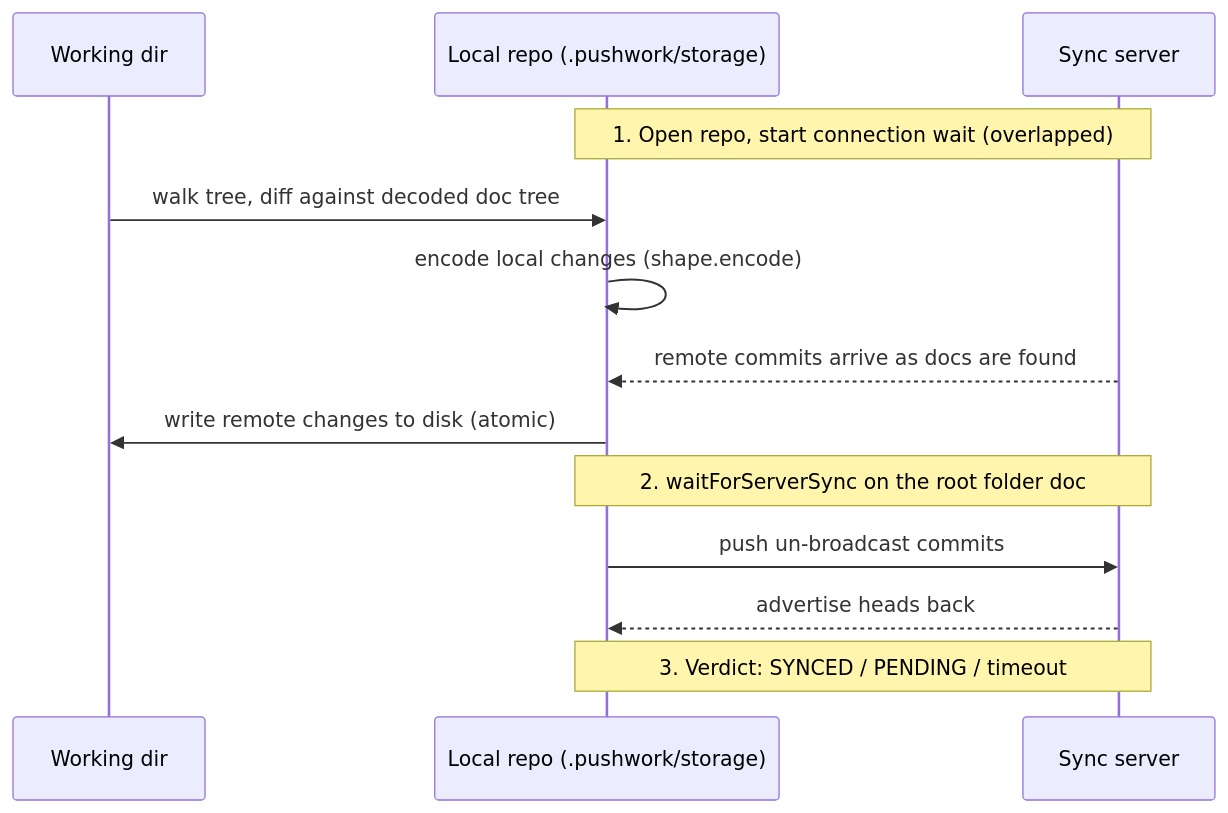
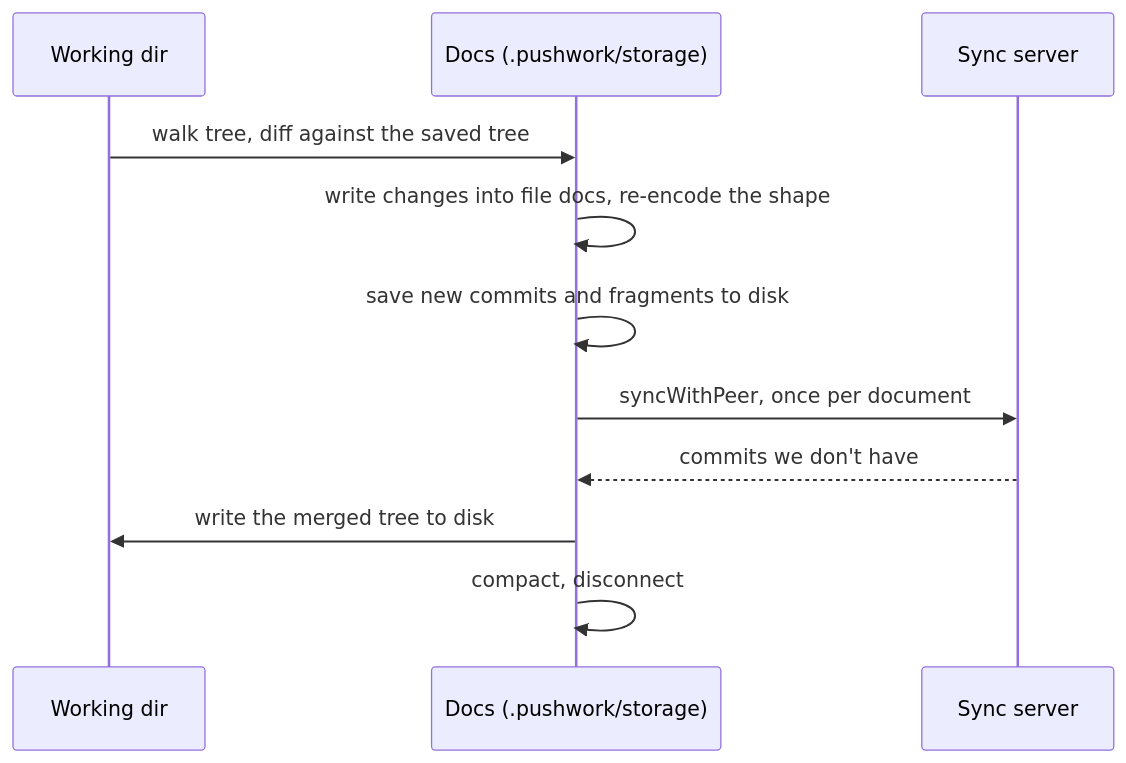
One commit to inkandswitch/pushwork changed the diagram in design/sync.md. Above: the diagram before and after it, drawn with Mermaid. The commit also changed other lines of this file and 60 other files, not shown here.

````diff
--- a/design/sync.md
+++ b/design/sync.md
@@ -7,16 +7,14 @@
 ```mermaid
 sequenceDiagram
     participant W as Working dir
-    participant L as Local repo (.pushwork/storage)
+    participant D as Docs (.pushwork/storage)
     participant S as Sync server
 
-    Note over L,S: 1. Open repo, start connection wait (overlapped)
-    W->>L: walk tree, diff against decoded doc tree
-    L->>L: encode local changes (shape.encode)
-    S-->>L: remote commits arrive as docs are found
-    L->>W: write remote changes to disk (atomic)
-    Note over L,S: 2. waitForServerSync on the root folder doc
-    L->>S: push un-broadcast commits
-    S-->>L: advertise heads back
-    Note over L,S: 3. Verdict: SYNCED / PENDING / timeout
+    W->>D: walk tree, diff against the saved tree
+    D->>D: write changes into file docs, re-encode the shape
+    D->>D: save new commits and fragments to disk
+    D->>S: syncWithPeer, once per document
+    S-->>D: commits we don't have
+    D->>W: write the merged tree to disk
+    D->>D: compact, disconnect
 ```
````
